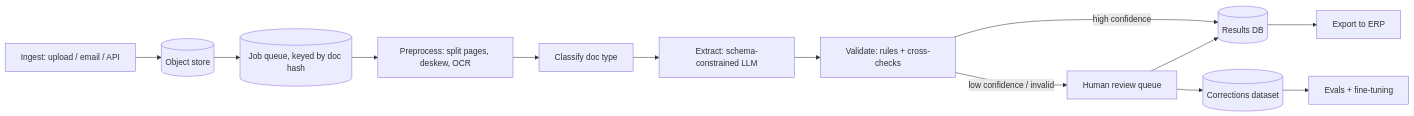
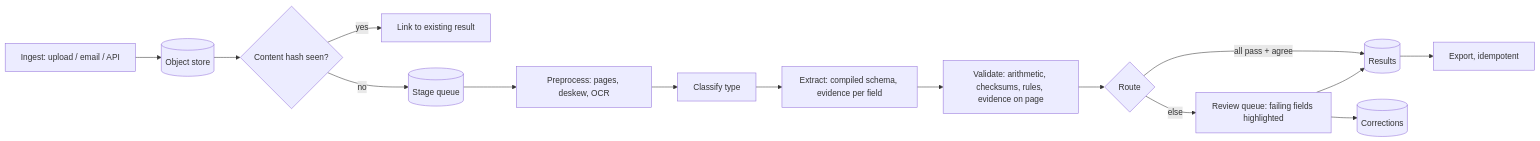
One commit to zekkrron/cs-knowledge-base changed the first of 6 diagrams in Agentic/Problems/10 - Batch Document Extraction.md. Above: the diagram before and after it, drawn with Mermaid. The commit also changed other lines of this file and 46 other files, not shown here.

````diff
--- a/Agentic/Problems/10 - Batch Document Extraction.md
+++ b/Agentic/Problems/10 - Batch Document Extraction.md
@@ -38,15 +126,17 @@
 ```mermaid
 flowchart LR
     IN[Ingest: upload / email / API] --> S3[(Object store)]
-    S3 --> Q[(Job queue, keyed by doc hash)]
-    Q --> PRE[Preprocess: split pages, deskew, OCR]
-    PRE --> CLS[Classify doc type]
-    CLS --> EXT[Extract: schema-constrained LLM]
-    EXT --> VAL[Validate: rules + cross-checks]
-    VAL -->|high confidence| OUT[(Results DB)]
-    VAL -->|low confidence / invalid| HR[Human review queue]
+    S3 --> DD{Content hash seen?}
+    DD -->|yes| LINK[Link to existing result]
+    DD -->|no| Q[(Stage queue)]
+    Q --> PRE[Preprocess: pages, deskew, OCR]
+    PRE --> CLS[Classify type]
+    CLS --> EXT[Extract: compiled schema, evidence per field]
+    EXT --> VAL[Validate: arithmetic, checksums, rules, evidence on page]
+    VAL --> RT{Route}
+    RT -->|all pass + agree| OUT[(Results)]
+    RT -->|else| HR[Review queue: failing fields highlighted]
     HR --> OUT
-    OUT --> ERP[Export to ERP]
-    HR --> FB[(Corrections dataset)]
-    FB --> EVAL[Evals + fine-tuning]
+    OUT --> ERP[Export, idempotent]
+    HR --> CORR[(Corrections)]
 ```
````
